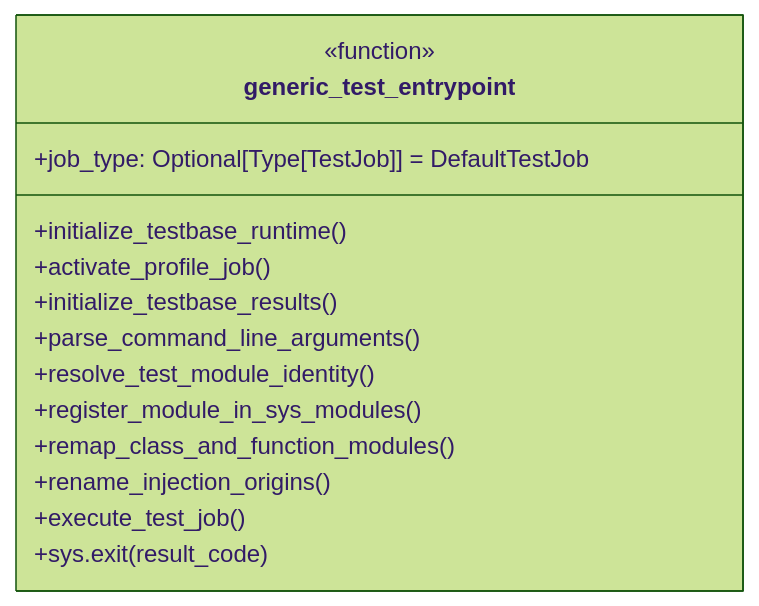
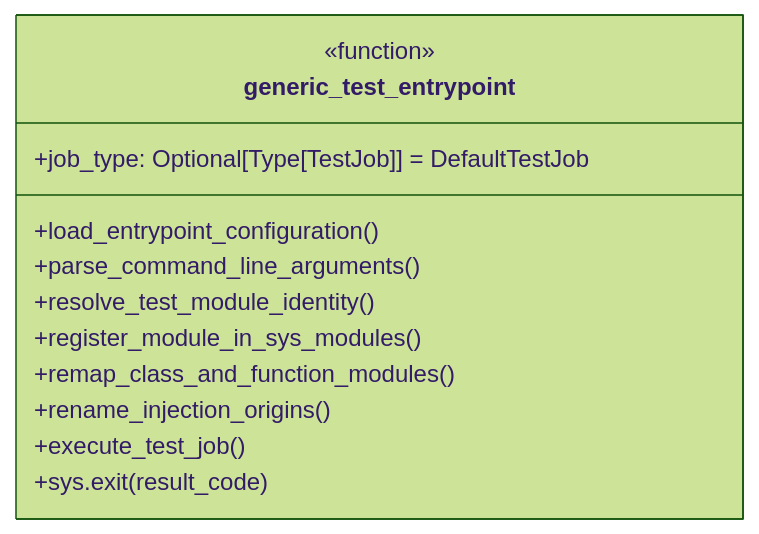
Before and after one commit to code-craft-ai-company/codecraftai-testbase: the second of 10 diagrams in specs/entrypoints/design.md, drawn with Mermaid (forest theme). The commit also changed other lines of this file and 109 other files, not shown here.

````diff
--- a/specs/entrypoints/design.md
+++ b/specs/entrypoints/design.md
@@ -87,18 +93,16 @@
 ```mermaid
 classDiagram
     class generic_test_entrypoint {
         <<function>>
         +job_type: Optional[Type[TestJob]] = DefaultTestJob
         <<behavior>>
-        +initialize_testbase_runtime()
-        +activate_profile_job()
-        +initialize_testbase_results()
+        +load_entrypoint_configuration()
         +parse_command_line_arguments()
         +resolve_test_module_identity()
         +register_module_in_sys_modules()
         +remap_class_and_function_modules()
         +rename_injection_origins()
         +execute_test_job()
         +sys.exit(result_code)
     }
 ```
````
